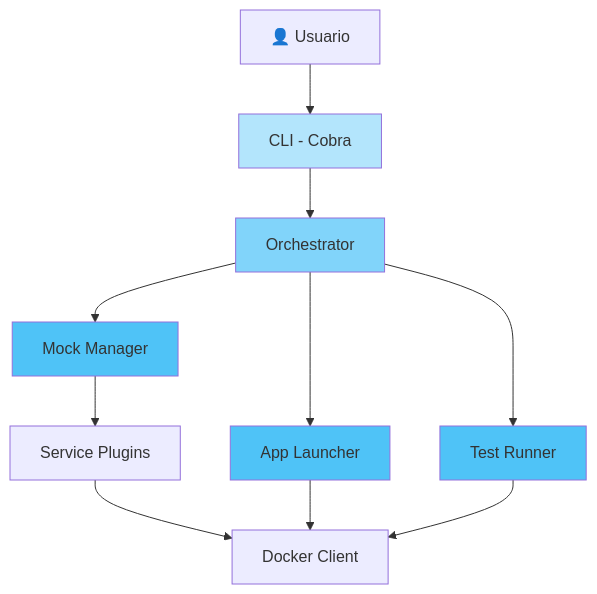
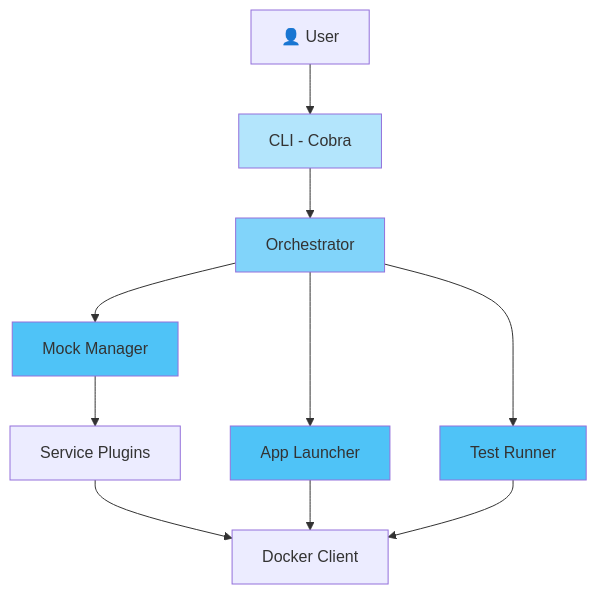
One commit to oswaldom-code/gtool changed the second of 2 diagrams in README.md. Above: the diagram before and after it, drawn with Mermaid. The commit also changed other lines of this file and 1 other file, not shown here.

````diff
--- a/README.md
+++ b/README.md
@@ -204,18 +206,18 @@
 ```mermaid
 graph TB
-    User[👤 Usuario] --> CLI[CLI - Cobra]
+    User[👤 User] --> CLI[CLI - Cobra]
     CLI --> Orch[Orchestrator]
     Orch --> Mock[Mock Manager]
     Orch --> App[App Launcher]
     Orch --> Test[Test Runner]
     Mock --> Plugins[Service Plugins]
     Plugins --> Docker[Docker Client]
     App --> Docker
     Test --> Docker
 
     style CLI fill:#b3e5fc
     style Orch fill:#81d4fa
     style Mock fill:#4fc3f7
     style App fill:#4fc3f7
     style Test fill:#4fc3f7
 ```
````
